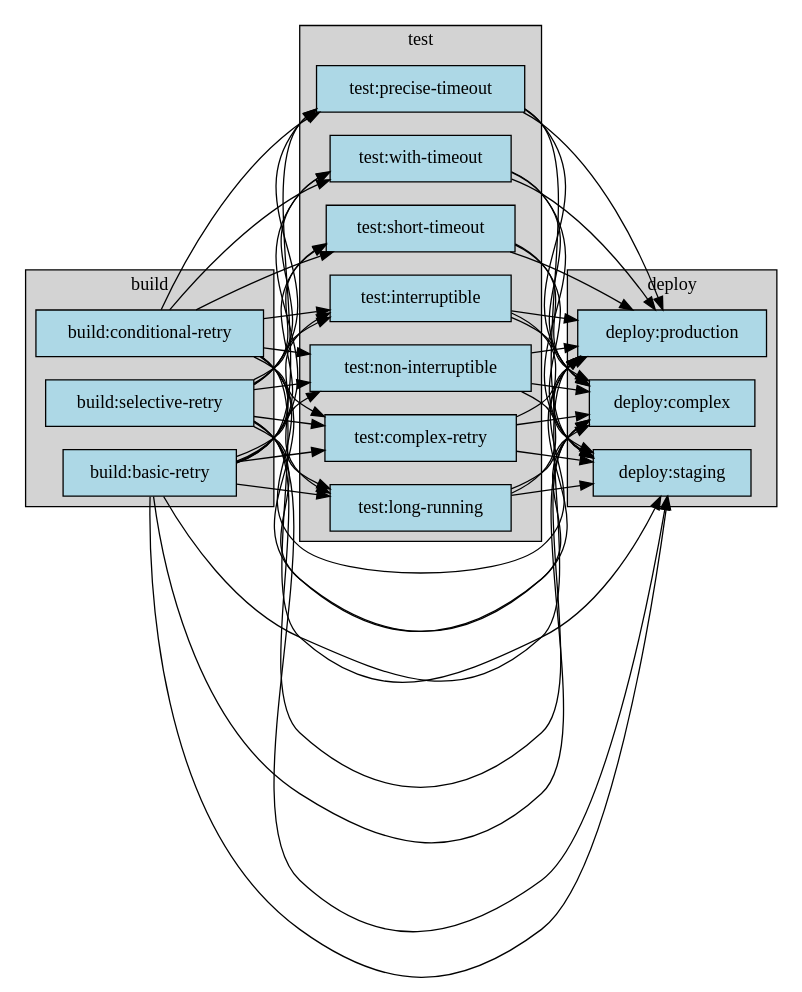
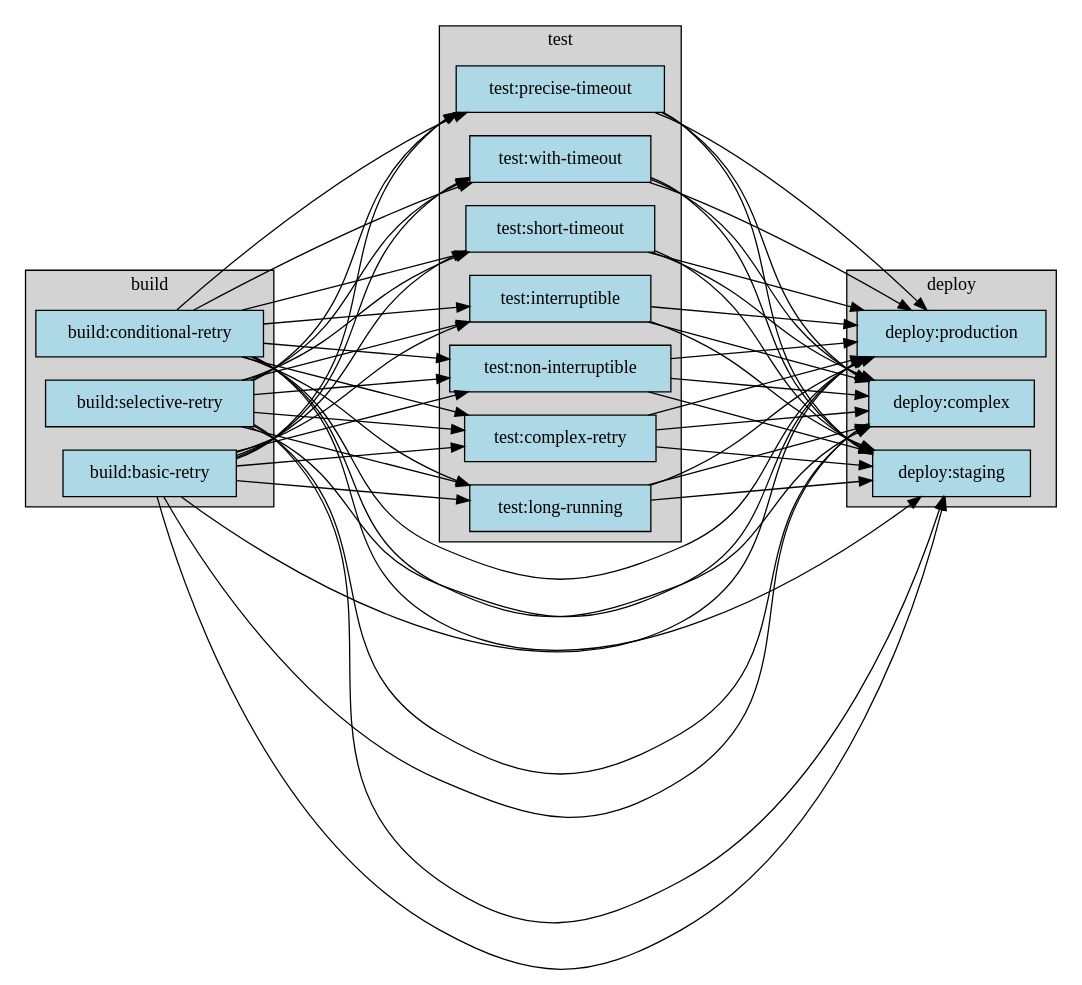
One commit to eisbaw/gitlab_local_ci changed the diagram in test_ci_projects/proj14.output_reference/dag.dot. Above: the diagram before and after it, drawn with Graphviz. The commit also changed 58 other files, not shown here.

```diff
--- a/test_ci_projects/proj14.output_reference/dag.dot
+++ b/test_ci_projects/proj14.output_reference/dag.dot
@@ -1,90 +1,91 @@
 digraph pipeline {
   rankdir="LR";
+  ranksep=2;
   node [shape=box, style=filled, fillcolor=lightblue];
 
   subgraph cluster_build {
     label="build";
     style=filled;
     fillcolor=lightgrey;
 
-    build_basic_retry [label="build:basic-retry"];
-    build_conditional_retry [label="build:conditional-retry"];
-    build_selective_retry [label="build:selective-retry"];
+    build_basic_retry [label="build:basic-retry", tooltip="---\nstage: build\nscript:\n- echo \"Building with basic retry configuration\"\n- echo \"This job will retry up to 2 times on any failure\"\nretry: 2\n"];
+    build_conditional_retry [label="build:conditional-retry", tooltip="---\nstage: build\nscript:\n- echo \"Building with conditional retry\"\n- echo \"Will retry only on specific failure types\"\nretry:\n  max: 3\n  when:\n  - runner_system_failure\n  - stuck_or_timeout_failure\n  - script_failure\n"];
+    build_selective_retry [label="build:selective-retry", tooltip="---\nstage: build\nscript:\n- echo \"Building with selective retry\"\n- echo \"Only retries on infrastructure failures\"\nretry:\n  max: 2\n  when:\n  - runner_system_failure\n  - api_failure\n"];
   }
 
   subgraph cluster_test {
     label="test";
     style=filled;
     fillcolor=lightgrey;
 
-    test_with_timeout [label="test:with-timeout"];
-    test_short_timeout [label="test:short-timeout"];
-    test_interruptible [label="test:interruptible"];
-    test_non_interruptible [label="test:non-interruptible"];
-    test_complex_retry [label="test:complex-retry"];
-    test_long_running [label="test:long-running"];
-    test_precise_timeout [label="test:precise-timeout"];
+    test_with_timeout [label="test:with-timeout", tooltip="---\nstage: test\nscript:\n- echo \"Running tests with timeout\"\n- echo \"This job has a 30 minute timeout\"\n- sleep 5\ntimeout: 30m\nretry: 1\n"];
+    test_short_timeout [label="test:short-timeout", tooltip="---\nstage: test\nscript:\n- echo \"Running quick tests\"\n- echo \"This job has a 5 minute timeout\"\ntimeout: 5 minutes\n"];
+    test_interruptible [label="test:interruptible", tooltip="---\nstage: test\nscript:\n- echo \"Running interruptible tests\"\n- echo \"This job can be cancelled if a newer pipeline starts\"\n- sleep 10\ninterruptible: true\ntimeout: 1h\n"];
+    test_non_interruptible [label="test:non-interruptible", tooltip="---\nstage: test\nscript:\n- echo \"Running critical tests\"\n- echo \"This job cannot be interrupted\"\ninterruptible: false\ntimeout: 45m\n"];
+    test_complex_retry [label="test:complex-retry", tooltip="---\nstage: test\nscript:\n- echo \"Running tests with complex retry logic\"\n- echo \"Different retry strategies for different failures\"\nretry:\n  max: 5\n  when:\n  - unknown_failure\n  - script_failure\n  - api_failure\n  - stuck_or_timeout_failure\n  - runner_system_failure\n  - job_execution_timeout\n  - archived_failure\n  - unmet_prerequisites\n  - scheduler_failure\n  - data_integrity_failure\ntimeout: 20m\ninterruptible: true\n"];
+    test_long_running [label="test:long-running", tooltip="---\nstage: test\nscript:\n- echo \"Starting long-running test suite\"\n- echo \"This job has a 3 hour timeout\"\ntimeout: 3h\nretry: 1\ninterruptible: true\n"];
+    test_precise_timeout [label="test:precise-timeout", tooltip="---\nstage: test\nscript:\n- echo \"Running tests with precise timeout\"\n- echo \"Timeout specified in seconds\"\ntimeout: 300s\nretry: 2\n"];
   }
 
   subgraph cluster_deploy {
     label="deploy";
     style=filled;
     fillcolor=lightgrey;
 
-    deploy_production [label="deploy:production"];
-    deploy_staging [label="deploy:staging"];
-    deploy_complex [label="deploy:complex"];
+    deploy_production [label="deploy:production", tooltip="---\nstage: deploy\nscript:\n- echo \"Deploying to production\"\n- echo \"No retries - deployment failures require manual intervention\"\nretry: 0\ntimeout: 15m\ninterruptible: false\n"];
+    deploy_staging [label="deploy:staging", tooltip="---\nstage: deploy\nscript:\n- echo \"Deploying to staging\"\n- echo \"Only retry on infrastructure issues\"\nretry:\n  max: 2\n  when:\n  - runner_system_failure\n  - stuck_or_timeout_failure\ntimeout: 10m\ninterruptible: true\n"];
+    deploy_complex [label="deploy:complex", tooltip="---\nstage: deploy\nscript:\n- echo \"Complex deployment job\"\n- echo \"Has timeout, retry, and interruptible settings\"\n- sleep 3\nretry:\n  max: 3\n  when:\n  - runner_system_failure\n  - api_failure\ntimeout: 2h\ninterruptible: false\n"];
   }
 
   build_basic_retry -> test_with_timeout;
   build_conditional_retry -> test_with_timeout;
   build_selective_retry -> test_with_timeout;
   build_basic_retry -> test_short_timeout;
   build_conditional_retry -> test_short_timeout;
   build_selective_retry -> test_short_timeout;
   build_basic_retry -> test_interruptible;
   build_conditional_retry -> test_interruptible;
   build_selective_retry -> test_interruptible;
   build_basic_retry -> test_non_interruptible;
   build_conditional_retry -> test_non_interruptible;
   build_selective_retry -> test_non_interruptible;
   build_basic_retry -> test_complex_retry;
   build_conditional_retry -> test_complex_retry;
   build_selective_retry -> test_complex_retry;
   build_basic_retry -> deploy_production;
   build_conditional_retry -> deploy_production;
   build_selective_retry -> deploy_production;
   test_with_timeout -> deploy_production;
   test_short_timeout -> deploy_production;
   test_interruptible -> deploy_production;
   test_non_interruptible -> deploy_production;
   test_complex_retry -> deploy_production;
   test_long_running -> deploy_production;
   test_precise_timeout -> deploy_production;
   build_basic_retry -> deploy_staging;
   build_conditional_retry -> deploy_staging;
   build_selective_retry -> deploy_staging;
   test_with_timeout -> deploy_staging;
   test_short_timeout -> deploy_staging;
   test_interruptible -> deploy_staging;
   test_non_interruptible -> deploy_staging;
   test_complex_retry -> deploy_staging;
   test_long_running -> deploy_staging;
   test_precise_timeout -> deploy_staging;
   build_basic_retry -> deploy_complex;
   build_conditional_retry -> deploy_complex;
   build_selective_retry -> deploy_complex;
   test_with_timeout -> deploy_complex;
   test_short_timeout -> deploy_complex;
   test_interruptible -> deploy_complex;
   test_non_interruptible -> deploy_complex;
   test_complex_retry -> deploy_complex;
   test_long_running -> deploy_complex;
   test_precise_timeout -> deploy_complex;
   build_basic_retry -> test_long_running;
   build_conditional_retry -> test_long_running;
   build_selective_retry -> test_long_running;
   build_basic_retry -> test_precise_timeout;
   build_conditional_retry -> test_precise_timeout;
   build_selective_retry -> test_precise_timeout;
 }
```
